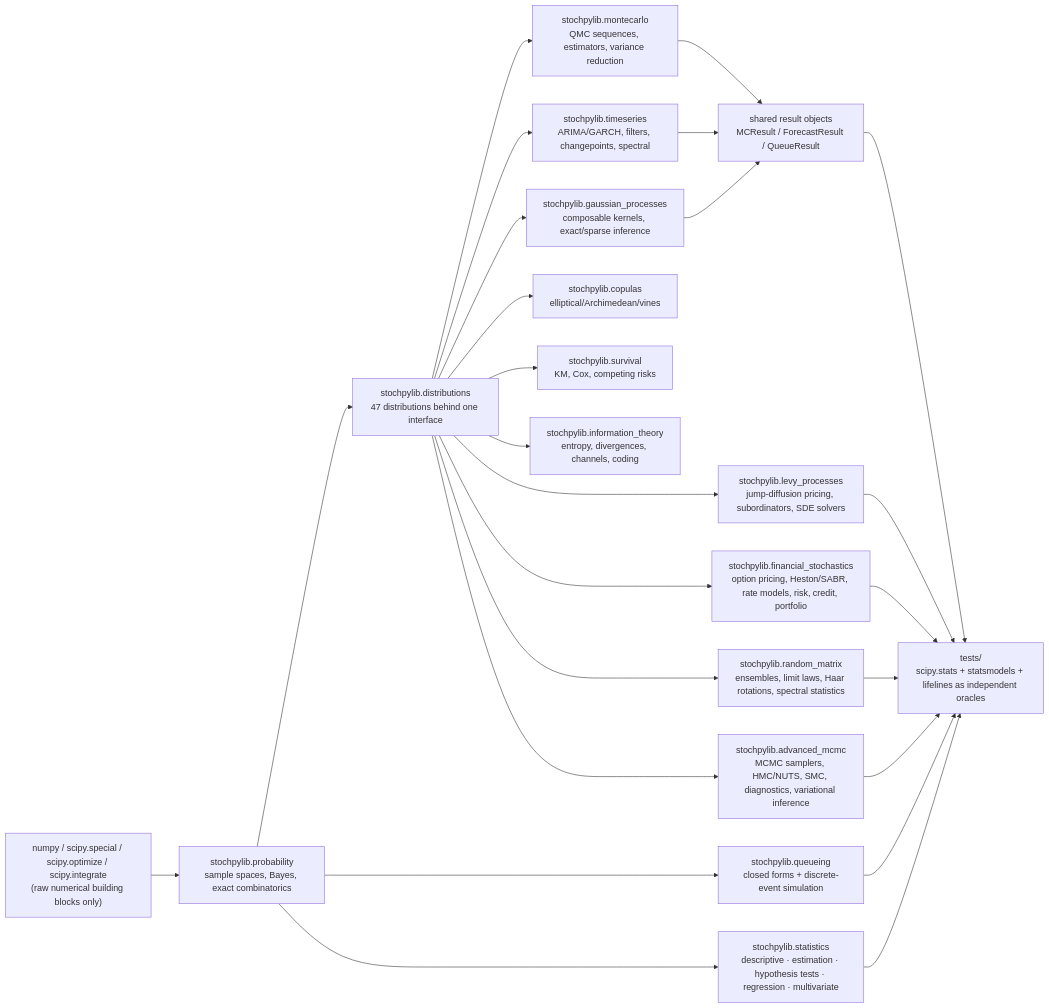
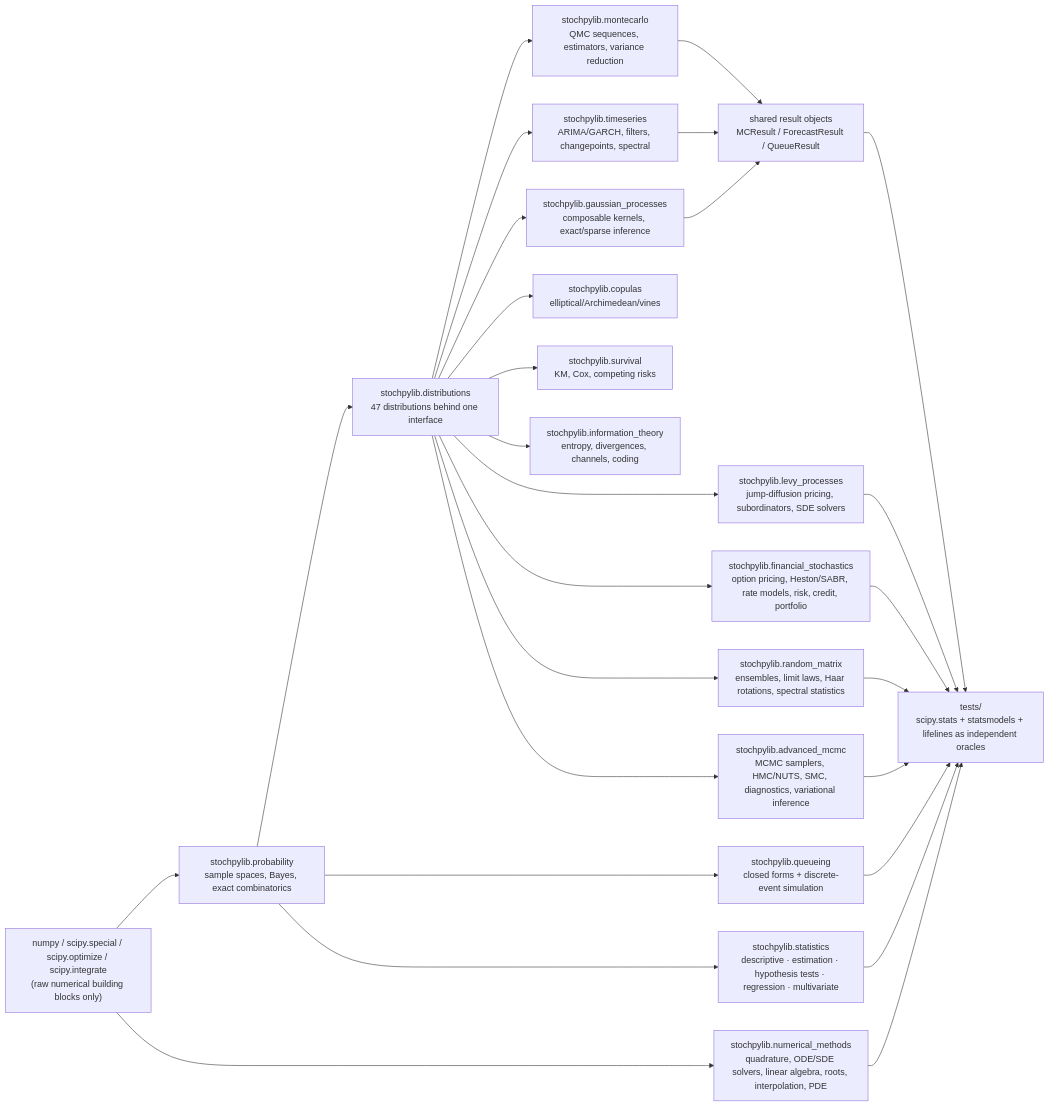
The first of 2 diagrams in README.md (leon1706-lol/Stochpylib), drawn with Mermaid before and after one commit. The commit also changed other lines of this file and 34 other files, not shown here.

````diff
--- a/README.md
+++ b/README.md
@@ -215,27 +225,29 @@
 ```mermaid
 flowchart LR
     A["numpy / scipy.special / scipy.optimize / scipy.integrate<br/>(raw numerical building blocks only)"] --> B["stochpylib.probability<br/>sample spaces, Bayes, exact combinatorics"]
     B --> C["stochpylib.distributions<br/>47 distributions behind one interface"]
     C --> D["stochpylib.montecarlo<br/>QMC sequences, estimators, variance reduction"]
     C --> E["stochpylib.timeseries<br/>ARIMA/GARCH, filters, changepoints, spectral"]
     C --> F["stochpylib.gaussian_processes<br/>composable kernels, exact/sparse inference"]
     C --> G["stochpylib.copulas<br/>elliptical/Archimedean/vines"]
     C --> H["stochpylib.survival<br/>KM, Cox, competing risks"]
     B --> I["stochpylib.queueing<br/>closed forms + discrete-event simulation"]
     C --> J["stochpylib.information_theory<br/>entropy, divergences, channels, coding"]
     C --> M["stochpylib.levy_processes<br/>jump-diffusion pricing, subordinators, SDE solvers"]
     C --> N["stochpylib.financial_stochastics<br/>option pricing, Heston/SABR, rate models, risk, credit, portfolio"]
     B --> O["stochpylib.statistics<br/>descriptive · estimation · hypothesis tests · regression · multivariate"]
     C --> P["stochpylib.random_matrix<br/>ensembles, limit laws, Haar rotations, spectral statistics"]
     C --> Q["stochpylib.advanced_mcmc<br/>MCMC samplers, HMC/NUTS, SMC, diagnostics, variational inference"]
+    A --> R["stochpylib.numerical_methods<br/>quadrature, ODE/SDE solvers, linear algebra, roots, interpolation, PDE"]
     D --> K["shared result objects<br/>MCResult / ForecastResult / QueueResult"]
     E --> K
     F --> K
     K --> L["tests/<br/>scipy.stats + statsmodels + lifelines as independent oracles"]
     I --> L
     M --> L
     N --> L
     O --> L
     P --> L
     Q --> L
+    R --> L
 ```
````
